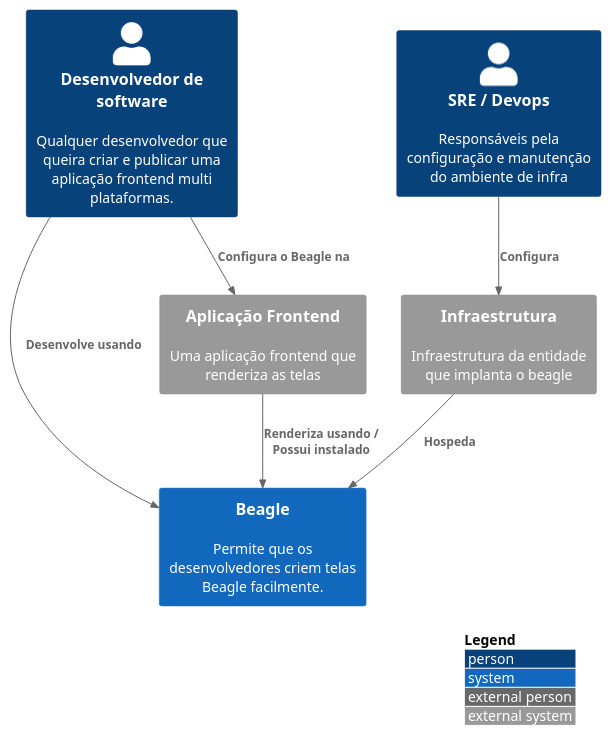
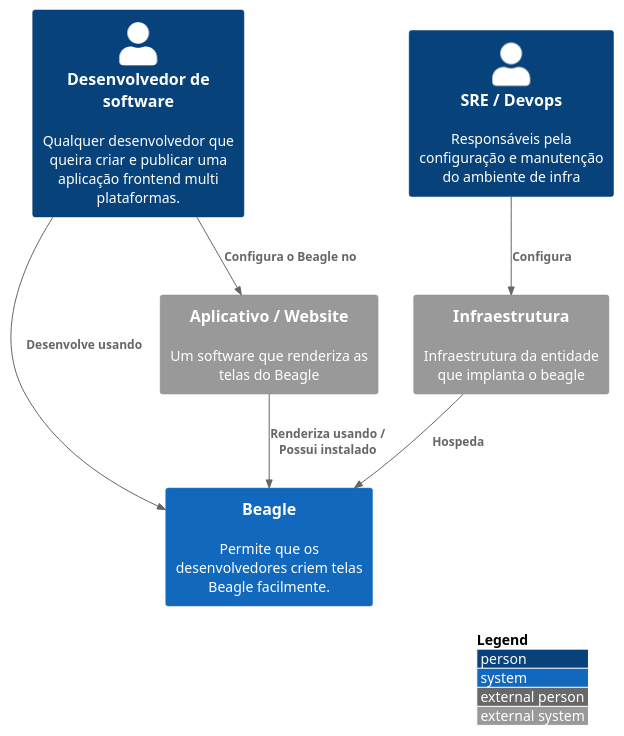
Before and after one commit to ZupIT/beagle-c4model: the diagram in pt-br/src/C1 -  Context/c1.puml, drawn with PlantUML. The commit also changed 3 other files, not shown here.

```diff
--- a/pt-br/src/C1 -  Context/c1.puml
+++ b/pt-br/src/C1 -  Context/c1.puml
@@ -1,17 +1,17 @@
 @startuml context
 !include https://raw.githubusercontent.com/adrianvlupu/C4-PlantUML/latest/C4_Context.puml
 
 LAYOUT_WITH_LEGEND()
 
 Person(software_developer, "Desenvolvedor de software", "Qualquer desenvolvedor que queira criar e publicar uma aplicação frontend multi plataformas.")
 System(beagle, "Beagle", "Permite que os desenvolvedores criem telas Beagle facilmente.")
-System_Ext(frontend_app, "Aplicação Frontend", "Uma aplicação frontend que renderiza as telas")
+System_Ext(frontend_app, "Aplicativo / Website", "Um software que renderiza as telas do Beagle")
 System_Ext(infra, "Infraestrutura", "Infraestrutura da entidade que implanta o beagle")
 Person(sre, "SRE / Devops", "Responsáveis pela configuração e manutenção do ambiente de infra")
 
 Rel(software_developer, beagle, "Desenvolve usando")
-Rel(software_developer, frontend_app, "Configura o Beagle na")
+Rel(software_developer, frontend_app, "Configura o Beagle no")
 Rel(frontend_app, beagle, "Renderiza usando / Possui instalado")
 Rel(infra, beagle, "Hospeda")
 Rel(sre, infra, "Configura")
 @enduml
```
